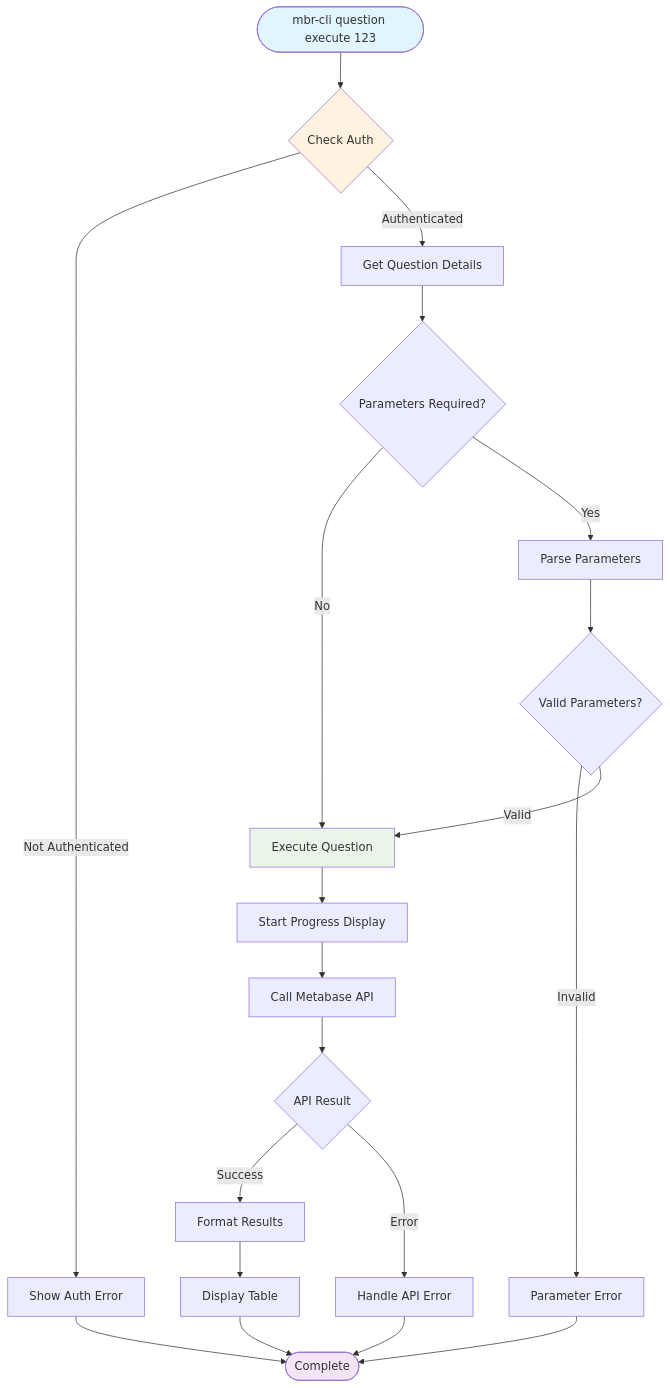
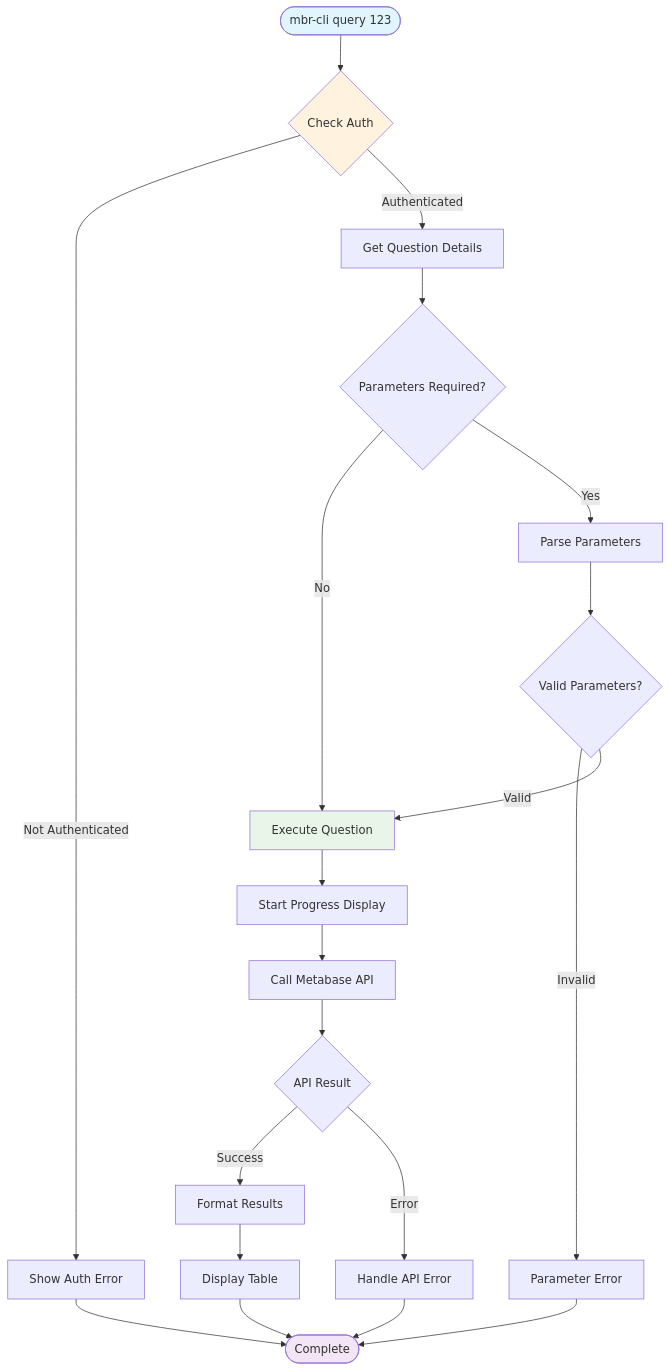
One commit to daisuke8000/mbr-cli changed the third of 6 diagrams in ARCHITECTURE.md. Above: the diagram before and after it, drawn with Mermaid. The commit also changed other lines of this file and 20 other files, not shown here.

````diff
--- a/ARCHITECTURE.md
+++ b/ARCHITECTURE.md
@@ -107,33 +107,33 @@
 ```mermaid
 flowchart TD
-    Start([mbr-cli question execute 123]) --> Auth{Check Auth}
+    Start([mbr-cli query 123]) --> Auth{Check Auth}
     Auth -->|Not Authenticated| AuthError[Show Auth Error]
     Auth -->|Authenticated| GetQ[Get Question Details]
     
     GetQ --> CheckParams{Parameters Required?}
     CheckParams -->|No| ExecQ[Execute Question]
     CheckParams -->|Yes| ParseParams[Parse Parameters]
     
     ParseParams --> ValidParams{Valid Parameters?}
     ValidParams -->|Invalid| ParamError[Parameter Error]
     ValidParams -->|Valid| ExecQ
     
     ExecQ --> Progress[Start Progress Display]
     Progress --> APICall[Call Metabase API]
     APICall --> APIResult{API Result}
     
     APIResult -->|Success| FormatResult[Format Results]
     APIResult -->|Error| APIError[Handle API Error]
     
     FormatResult --> DisplayTable[Display Table]
     DisplayTable --> End([Complete])
     
     AuthError --> End
     ParamError --> End
     APIError --> End
     
     style Start fill:#e1f5fe
     style End fill:#f3e5f5
     style Auth fill:#fff3e0
     style ExecQ fill:#e8f5e8
 ```
````
